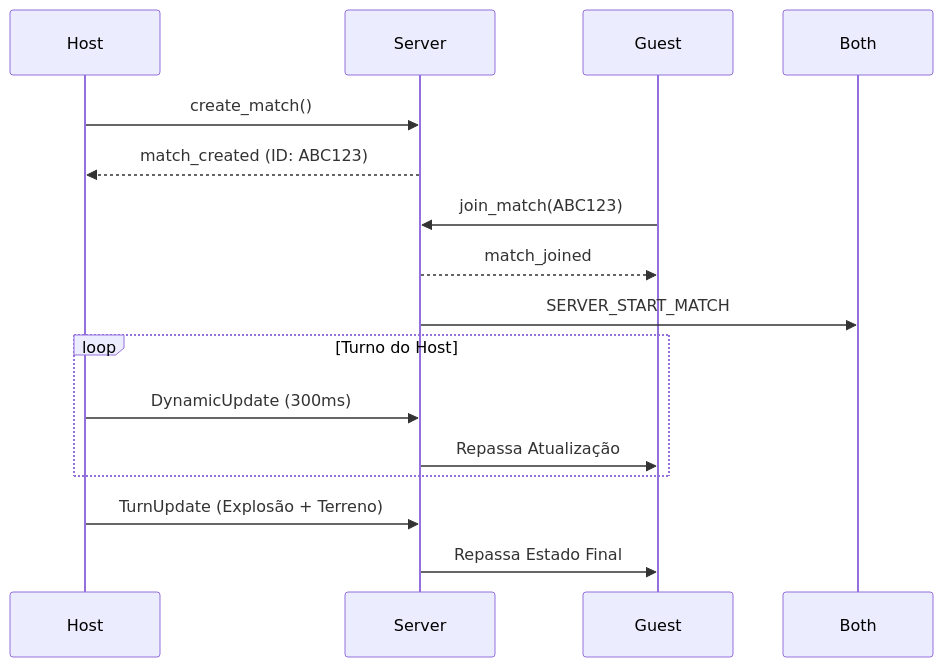
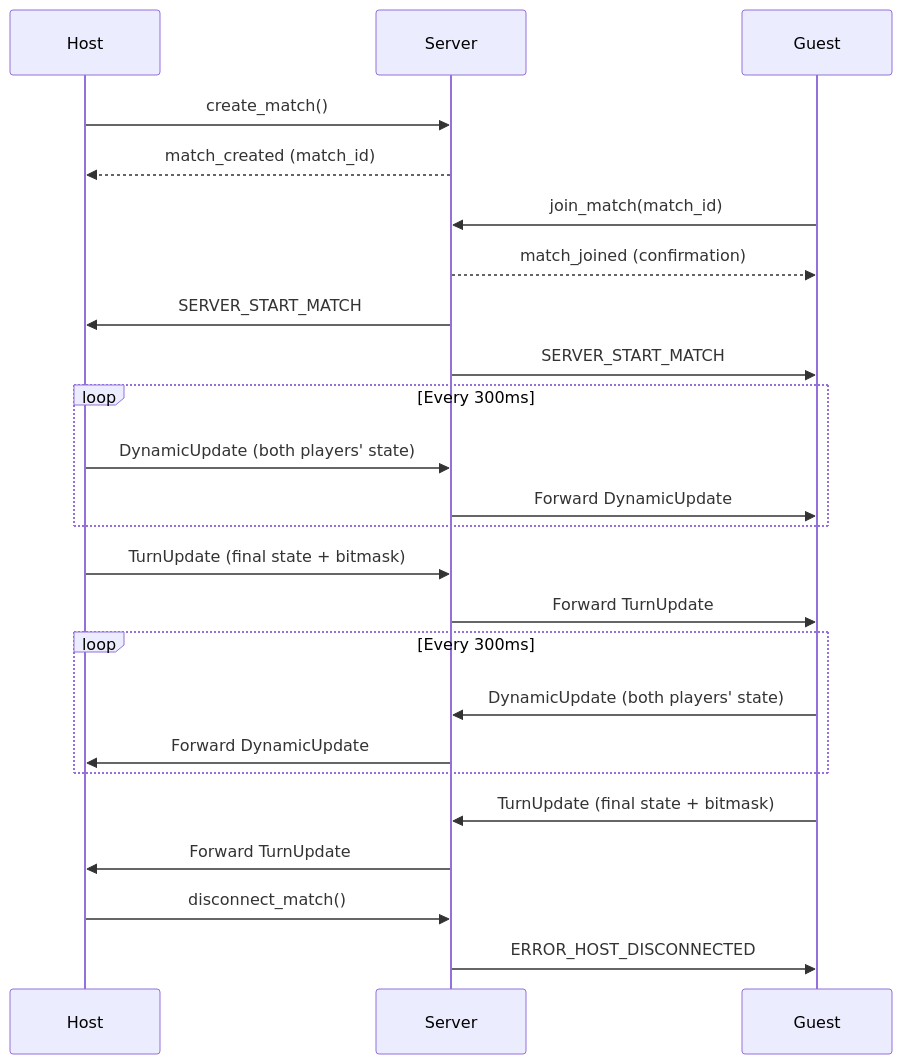
One commit to zRafaF/tankinho changed the first of 2 diagrams in README.md. Above: the diagram before and after it, drawn with Mermaid.

Commit message:
readme update

````diff
--- a/README.md
+++ b/README.md
@@ -41,18 +41,38 @@
 ```mermaid
 sequenceDiagram
     participant Host
     participant Server
     participant Guest
 
+    %% Match Creation Phase
     Host->>Server: create_match()
-    Server-->>Host: match_created (ID: ABC123)
-    Guest->>Server: join_match(ABC123)
-    Server-->>Guest: match_joined
-    Server->>Both: SERVER_START_MATCH
-    loop Turno do Host
-        Host->>Server: DynamicUpdate (300ms)
-        Server->>Guest: Repassa Atualização
+    Server-->>Host: match_created (match_id)
+    
+    %% Guest Join Phase
+    Guest->>Server: join_match(match_id)
+    Server-->>Guest: match_joined (confirmation)
+    Server->>Host: SERVER_START_MATCH
+    Server->>Guest: SERVER_START_MATCH
+    
+    %% Gameplay Phase (Host's Turn)
+    loop Every 300ms
+        Host->>Server: DynamicUpdate (both players' state)
+        Server->>Guest: Forward DynamicUpdate
     end
-    Host->>Server: TurnUpdate (Explosão + Terreno)
-    Server->>Guest: Repassa Estado Final
+    
+    Host->>Server: TurnUpdate (final state + bitmask)
+    Server->>Guest: Forward TurnUpdate
+    
+    %% Gameplay Phase (Guest's Turn)
+    loop Every 300ms
+        Guest->>Server: DynamicUpdate (both players' state)
+        Server->>Host: Forward DynamicUpdate
+    end
+    
+    Guest->>Server: TurnUpdate (final state + bitmask)
+    Server->>Host: Forward TurnUpdate
+    
+    %% Disconnection Handling
+    Host->>Server: disconnect_match()
+    Server->>Guest: ERROR_HOST_DISCONNECTED
 ```
````
